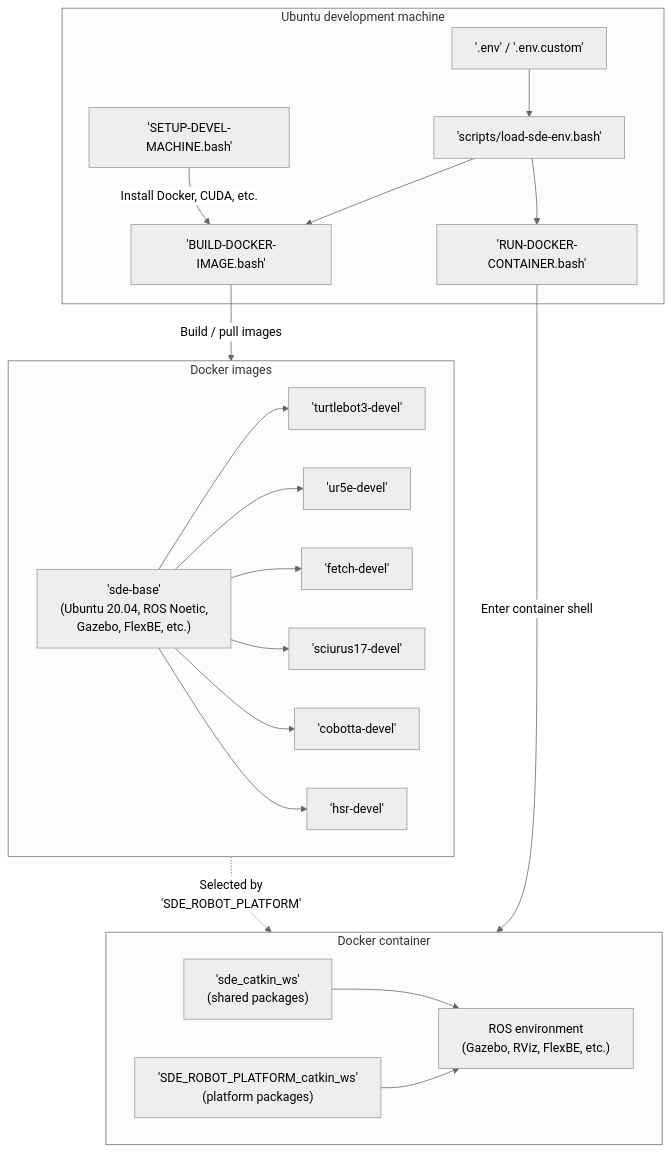
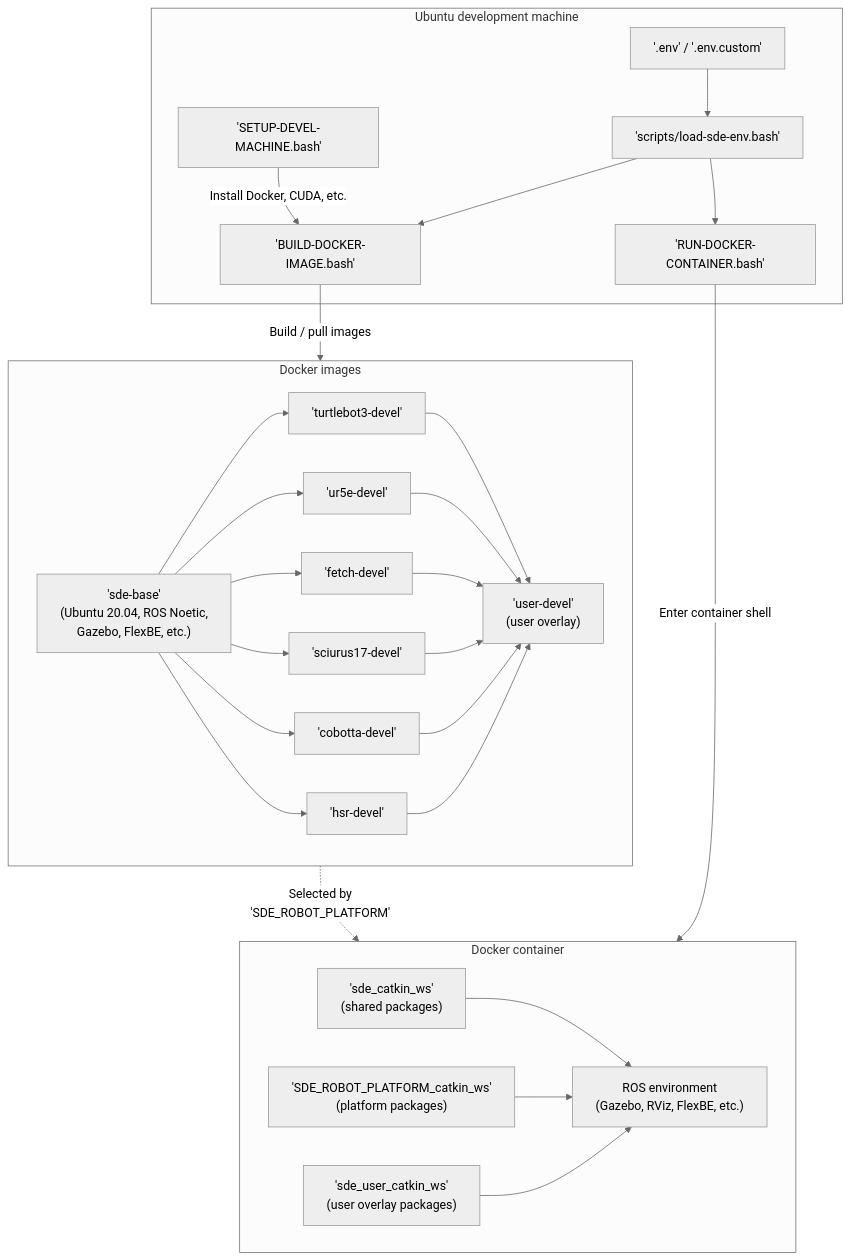
The diagram in README.md (openrosde/openrosde), drawn with Mermaid before and after one commit. The commit also changed other lines of this file and 47 other files, not shown here.

Commit message:
feat: add initial support for user overlay

````diff
--- a/README.md
+++ b/README.md
@@ -46,46 +46,55 @@
 ```mermaid
 ---
 config:
   theme: neutral
 ---
 flowchart TD
     subgraph host["Ubuntu development machine"]
         env["'.env' / '.env.custom'"]
         loader["'scripts/load-sde-env.bash'"]
         setup["'SETUP-DEVEL-MACHINE.bash'"]
         build["'BUILD-DOCKER-IMAGE.bash'"]
         run["'RUN-DOCKER-CONTAINER.bash'"]
         env --> loader
         setup -->|"Install Docker, CUDA, etc."| build
         loader --> build
         loader --> run
     end
 
     subgraph images["Docker images"]
         base["'sde-base'<br/>(Ubuntu 20.04, ROS Noetic,<br/>Gazebo, FlexBE, etc.)"]
         turtlebot3["'turtlebot3-devel'"]
         ur5e["'ur5e-devel'"]
         base --> turtlebot3
         base --> ur5e
         fetch["'fetch-devel'"]
         base --> fetch
         sciurus17["'sciurus17-devel'"]
         base --> sciurus17
         cobotta["'cobotta-devel'"]
         base --> cobotta
         hsr["'hsr-devel'"]
         base --> hsr
+        user["'user-devel'<br/>(user overlay)"]
+        turtlebot3 --> user
+        ur5e --> user
+        fetch --> user
+        sciurus17 --> user
+        cobotta --> user
+        hsr --> user
     end
 
     subgraph container["Docker container"]
         shared["'sde_catkin_ws'<br/>(shared packages)"]
         platws["'SDE_ROBOT_PLATFORM_catkin_ws'<br/>(platform packages)"]
+        userws["'sde_user_catkin_ws'<br/>(user overlay packages)"]
         rosenv["ROS environment<br/>(Gazebo, RViz, FlexBE, etc.)"]
         shared --> rosenv
         platws --> rosenv
+        userws --> rosenv
     end
 
     build -->|"Build / pull images"| images
     images -.->|"Selected by<br/>'SDE_ROBOT_PLATFORM'"| container
     run -->|"Enter container shell"| container
 ```
````
